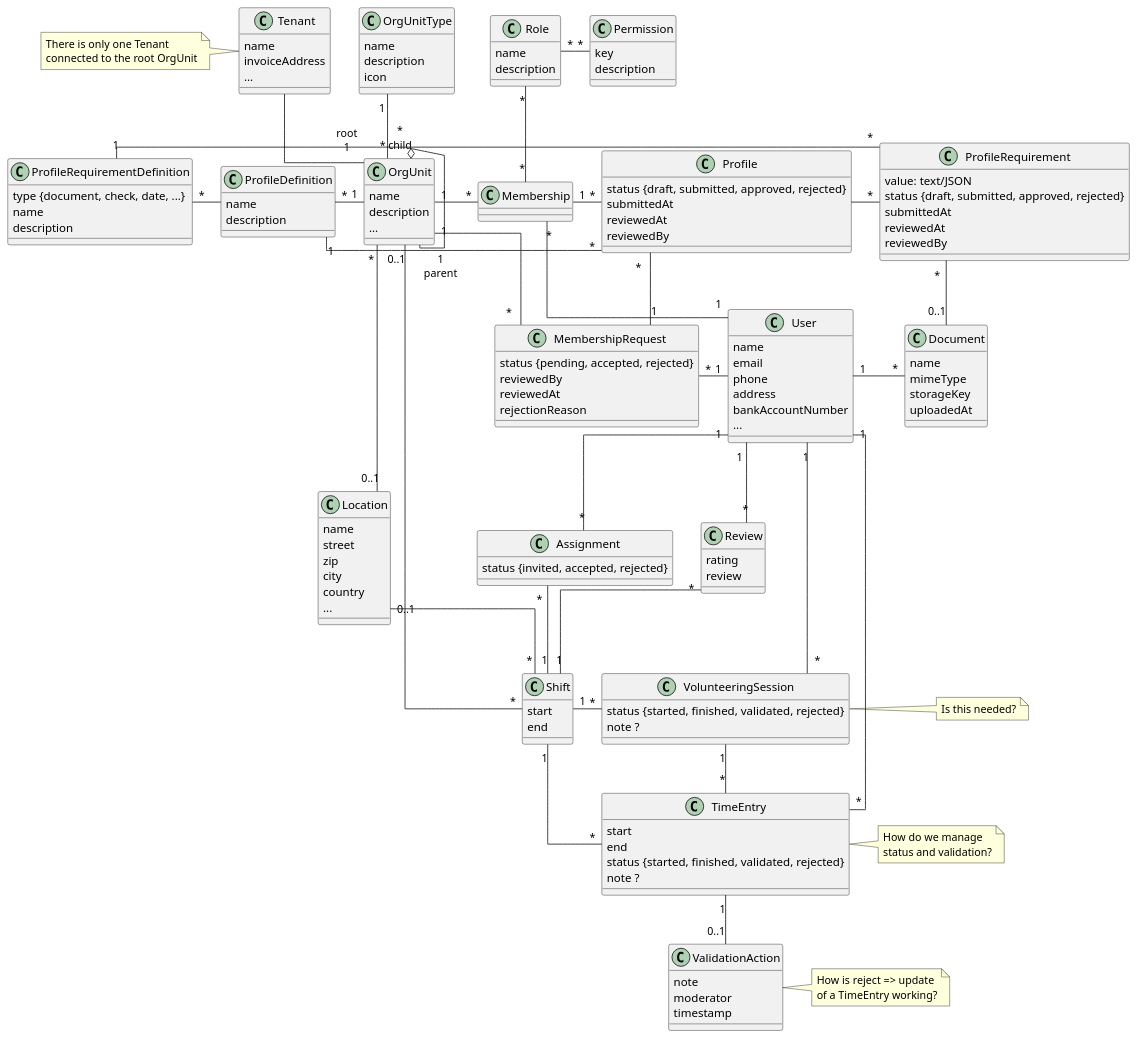
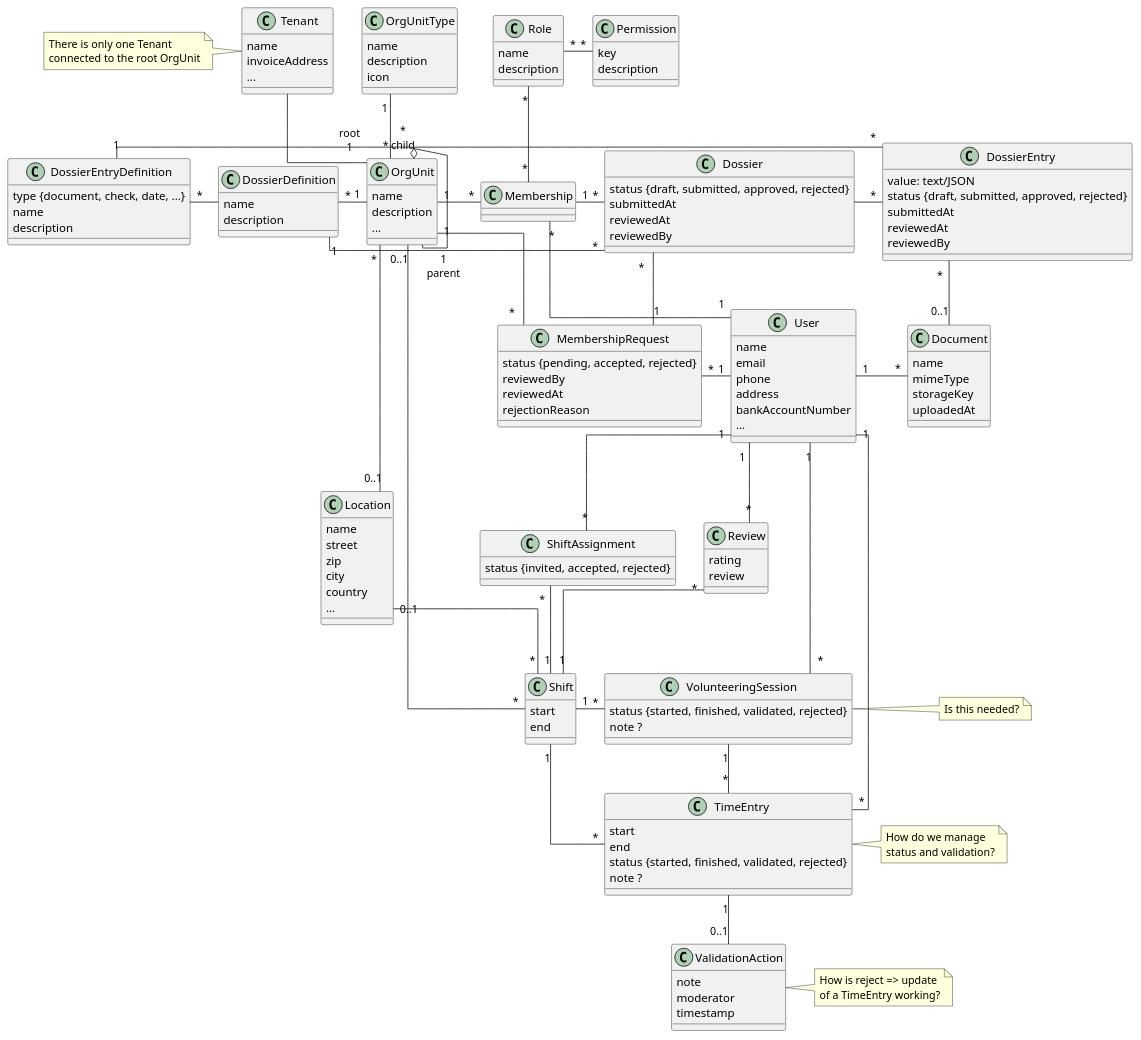
One commit to holi-social/caluno changed the diagram in model.plantuml. Above: the diagram before and after it, drawn with PlantUML.

Commit message:
mode: rename Profile to Dossier

```diff
--- a/model.plantuml
+++ b/model.plantuml
@@ -1,150 +1,150 @@
 @startuml clippy
 skinparam linetype ortho
 class Tenant {
     name
     invoiceAddress
     ...
 }
 note left: There is only one Tenant\nconnected to the root OrgUnit
 class OrgUnit {
     name
     description
     ...
 }
 class OrgUnitType {
     name
     description
     icon
 }
 class Location {
     name
     street
     zip
     city
     country
     ...
 }
 class User {
     name
     email
     phone
     address
     bankAccountNumber
     ...
 }
 class Shift {
     start
     end
 }
 class TimeEntry {
     start
     end
     status {started, finished, validated, rejected}
     note ?
 }
 note right: How do we manage\nstatus and validation?
 class Membership {
 }
 class Role {
     name
     description
 }
 class Permission {
     key
     description
 }
 class MembershipRequest {
     status {pending, accepted, rejected}
     reviewedBy
     reviewedAt
     rejectionReason
 }
-class Assignment {
+class ShiftAssignment {
     status {invited, accepted, rejected}
 }
 class Review {
     rating
     review
 }
 class VolunteeringSession {
     status {started, finished, validated, rejected}
     note ?
 }
 note right: Is this needed?
 class ValidationAction {
     note
     moderator
     timestamp
 }
 note right: How is reject => update\nof a TimeEntry working?
 
-class ProfileDefinition {
+class DossierDefinition {
     name
     description
 }
-class ProfileRequirementDefinition {
+class DossierEntryDefinition {
     type {document, check, date, ...}
     name
     description
 }
-class Profile {
+class Dossier {
     status {draft, submitted, approved, rejected}
     submittedAt
     reviewedAt
     reviewedBy
 }
-class ProfileRequirement {
+class DossierEntry {
     value: text/JSON
     status {draft, submitted, approved, rejected}
     submittedAt
     reviewedAt
     reviewedBy
 }
 class Document {
     name
     mimeType
     storageKey
     uploadedAt
 }
 
 Tenant -down- "root\n1" OrgUnit
 OrgUnit "*" -up- "1" OrgUnitType
 OrgUnit "*\nchild" o-- "1\nparent" OrgUnit
 OrgUnit "0..1" -- "*" Shift
 OrgUnit "1" -right- "*" Membership
 Membership "*" -down- "1" User
 
 OrgUnit "1" -down- "*" MembershipRequest
 MembershipRequest "*" -right- "1" User
 
 Location "0..1" -up- "*" OrgUnit
 Location "0..1" -right- "*" Shift
 
 Role "*" -right- "*" Permission
 
 Role "*" -- "*" Membership
 
-OrgUnit "1" -left- "*" ProfileDefinition
-ProfileDefinition -left- "*" ProfileRequirementDefinition
+OrgUnit "1" -left- "*" DossierDefinition
+DossierDefinition -left- "*" DossierEntryDefinition
 
 User "1" -right- "*" Document
-ProfileRequirement "*" -down- "0..1" Document
-Membership "1" -right- "*" Profile
-Profile -right- "*" ProfileRequirement
-MembershipRequest "1" -left- "*" Profile
+DossierEntry "*" -down- "0..1" Document
+Membership "1" -right- "*" Dossier
+Dossier -right- "*" DossierEntry
+MembershipRequest "1" -left- "*" Dossier
 
-Profile "*" -left- "1" ProfileDefinition
-ProfileRequirement "*" -left- "1" ProfileRequirementDefinition
+Dossier "*" -left- "1" DossierDefinition
+DossierEntry "*" -left- "1" DossierEntryDefinition
 
-Assignment "*" -up- "1" User
-Shift "1" -up- "*" Assignment
+ShiftAssignment "*" -up- "1" User
+Shift "1" -up- "*" ShiftAssignment
 Review "*" -up- "1" User
 Shift "1" -up- "*" Review
 TimeEntry "*" -up- "1" User
 TimeEntry "*" -- "1" Shift
 VolunteeringSession "*" -up- "1" User
 VolunteeringSession "*" -left- "1" Shift
 VolunteeringSession "1" -- "*" TimeEntry
 TimeEntry "1" -- "0..1" ValidationAction
 
 @enduml
```
